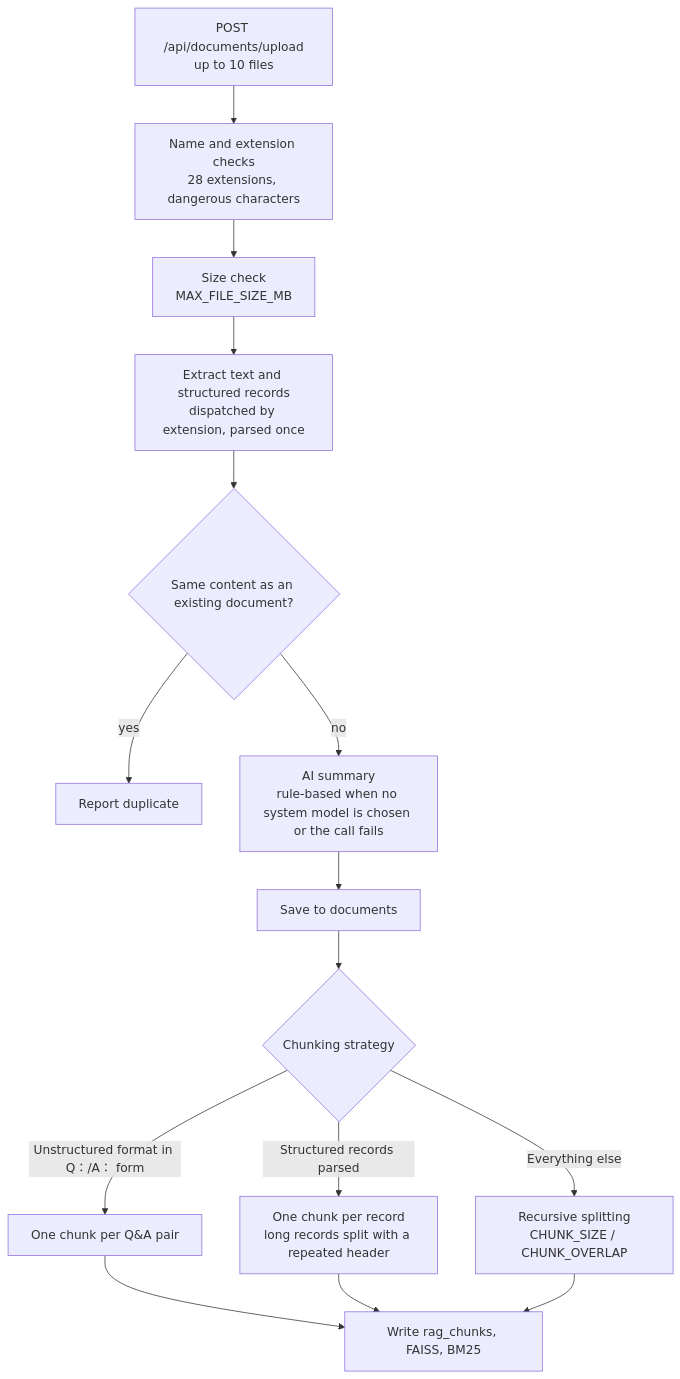
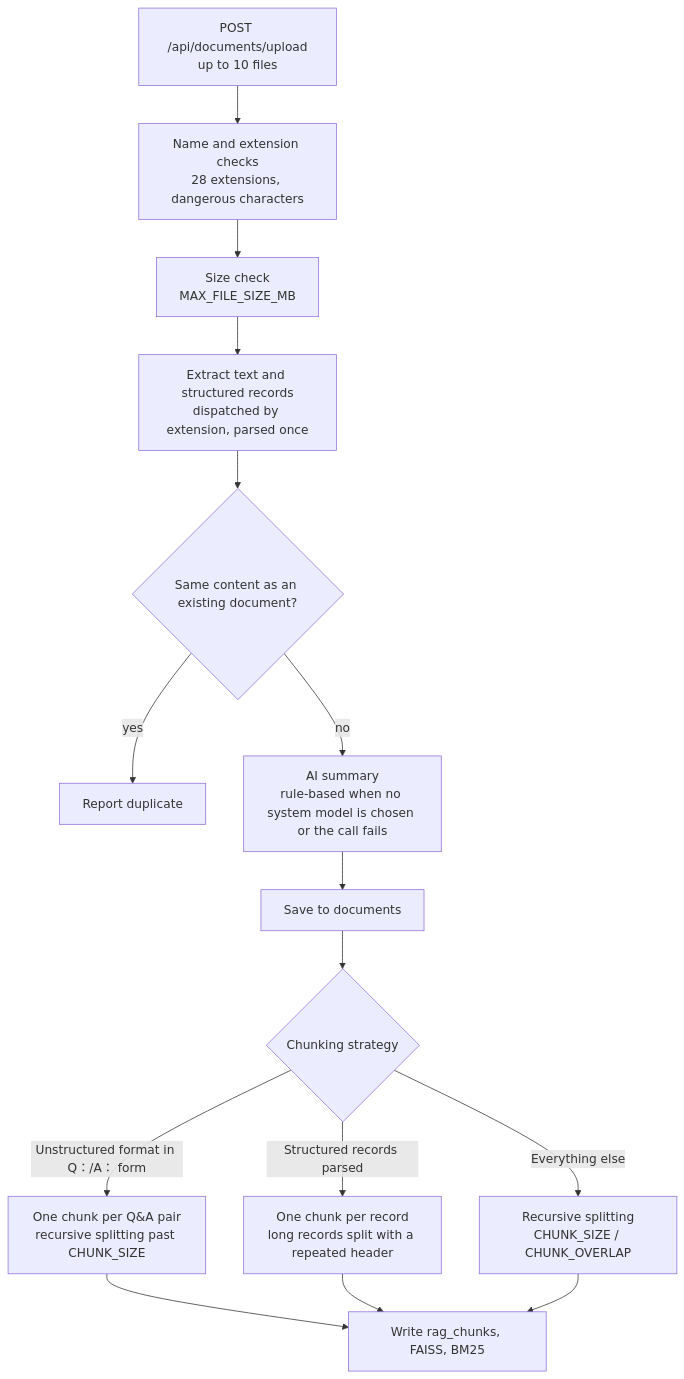
The fourth of 9 diagrams in docs/architecture_en.md (Scorpio-meow/AskMiao), drawn with Mermaid before and after one commit. The commit also changed other lines of this file and 336 other files, not shown here.

````diff
--- a/docs/architecture_en.md
+++ b/docs/architecture_en.md
@@ -242,15 +284,15 @@
 ```mermaid
 flowchart TB
     Up["POST /api/documents/upload<br/>up to 10 files"] --> Name["Name and extension checks<br/>28 extensions, dangerous characters"]
     Name --> Size["Size check<br/>MAX_FILE_SIZE_MB"]
     Size --> Ext["Extract text and structured records<br/>dispatched by extension, parsed once"]
     Ext --> Dup{"Same content as an existing document?"}
     Dup -->|yes| Skip["Report duplicate"]
     Dup -->|no| Sum["AI summary<br/>rule-based when no system model is chosen or the call fails"]
     Sum --> Save["Save to documents"]
     Save --> Split{"Chunking strategy"}
     Split -->|Structured records parsed| Rec["One chunk per record<br/>long records split with a repeated header"]
-    Split -->|Unstructured format in Q：/A： form| QA["One chunk per Q&A pair"]
+    Split -->|Unstructured format in Q：/A： form| QA["One chunk per Q&A pair<br/>recursive splitting past CHUNK_SIZE"]
     Split -->|Everything else| Rcs["Recursive splitting<br/>CHUNK_SIZE / CHUNK_OVERLAP"]
     QA & Rec & Rcs --> Index["Write rag_chunks, FAISS, BM25"]
 ```
````
